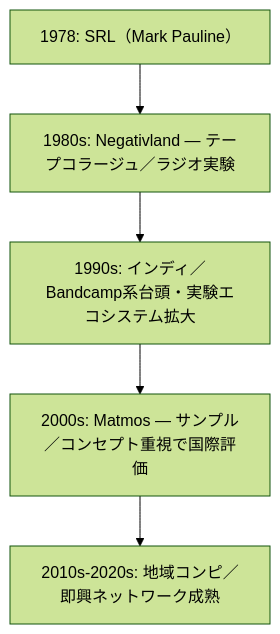
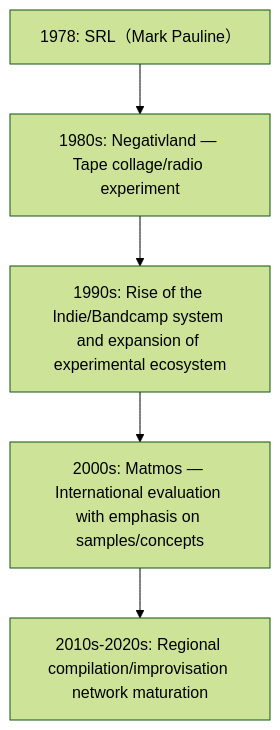
The diagram in en/_posts/2025-10-01-Column-Bay-Area-San-Francisco-Noise.md (monumental-movement/monumental-movement.github.io), drawn with Mermaid (forest theme) before and after one commit. The commit also changed 152 other files, not shown here.

```diff
--- a/en/_posts/2025-10-01-Column-Bay-Area-San-Francisco-Noise.md
+++ b/en/_posts/2025-10-01-Column-Bay-Area-San-Francisco-Noise.md
@@ -48,7 +48,7 @@
 <div class="mermaid">
 flowchart TD
-    A["1978: SRL（Mark Pauline）"] --> B["1980s: Negativland — テープコラージュ／ラジオ実験"]
-    B --> C["1990s: インディ／Bandcamp系台頭・実験エコシステム拡大"]
-    C --> D["2000s: Matmos — サンプル／コンセプト重視で国際評価"]
-    D --> E["2010s-2020s: 地域コンピ／即興ネットワーク成熟"]
+    A["1978: SRL（Mark Pauline）"] --> B["1980s: Negativland — Tape collage/radio experiment"]
+    B --> C["1990s: Rise of the Indie/Bandcamp system and expansion of experimental ecosystem"]
+    C --> D["2000s: Matmos — International evaluation with emphasis on samples/concepts"]
+    D --> E["2010s-2020s: Regional compilation/improvisation network maturation"]
 </div>
```
